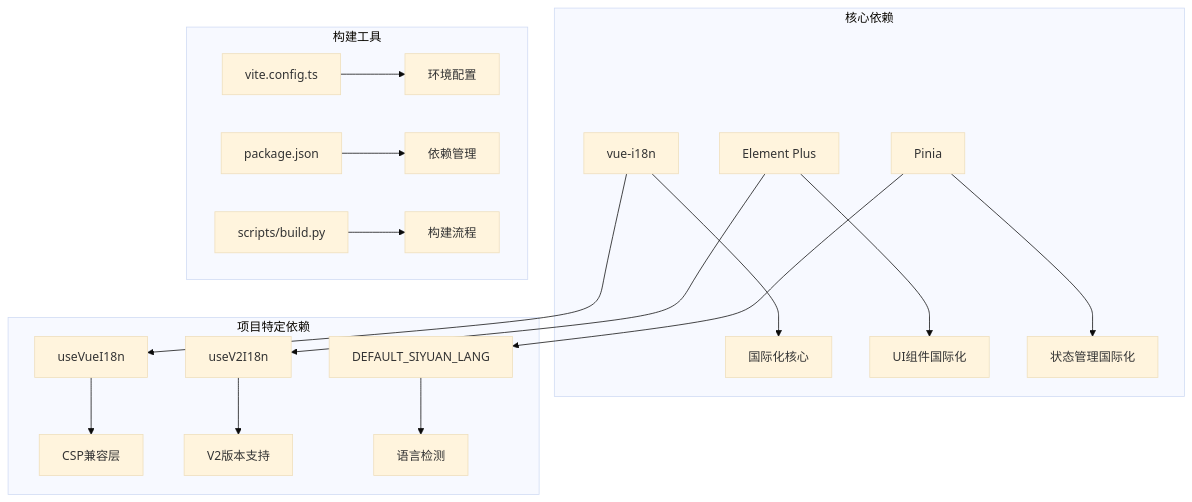
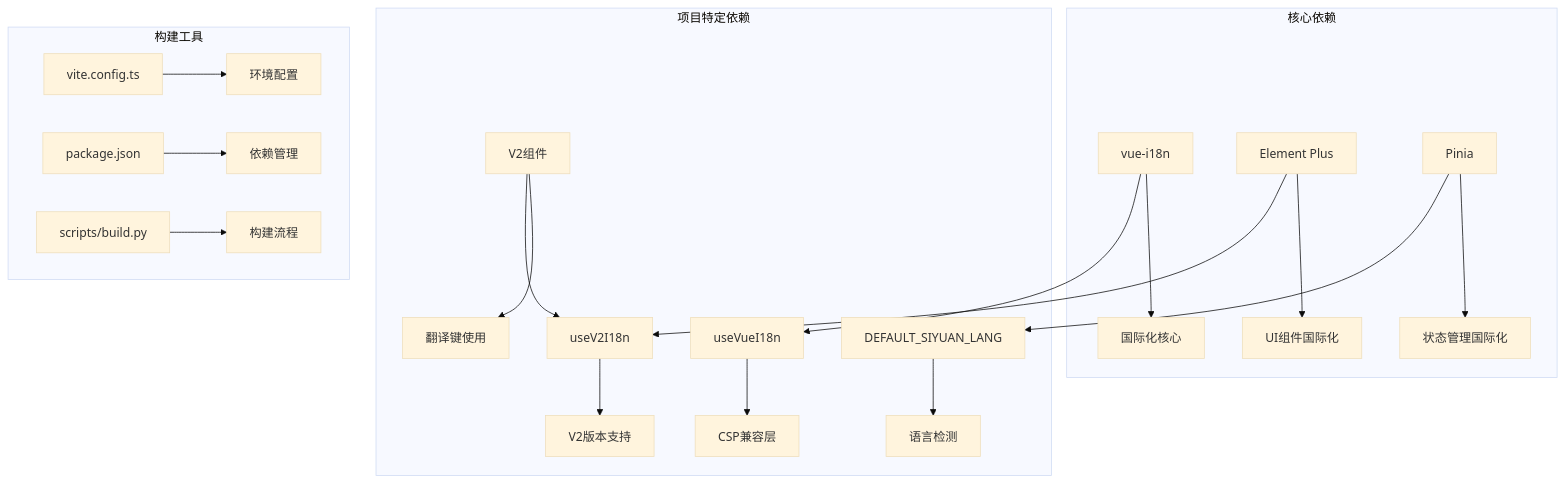
Before and after one commit to terwer/siyuan-plugin-publisher: the tenth of 10 diagrams in .qoder/repowiki/zh/content/用户界面组件/国际化支持.md, drawn with Mermaid (base theme). The commit also changed other lines of this file and 3 other files, not shown here.

````diff
--- a/.qoder/repowiki/zh/content/用户界面组件/国际化支持.md
+++ b/.qoder/repowiki/zh/content/用户界面组件/国际化支持.md
@@ -321,21 +444,23 @@
 ```mermaid
 graph TB
 subgraph "核心依赖"
 A[vue-i18n] --> B[国际化核心]
 C[Element Plus] --> D[UI组件国际化]
 E[Pinia] --> F[状态管理国际化]
 end
 subgraph "项目特定依赖"
 G[useVueI18n] --> H[CSP兼容层]
 I[useV2I18n] --> J[V2版本支持]
 K[DEFAULT_SIYUAN_LANG] --> L[语言检测]
+M[V2组件] --> N[翻译键使用]
 end
 subgraph "构建工具"
-M[vite.config.ts] --> N[环境配置]
-O[package.json] --> P[依赖管理]
-Q[scripts/build.py] --> R[构建流程]
+O[vite.config.ts] --> P[环境配置]
+Q[package.json] --> R[依赖管理]
+S[scripts/build.py] --> T[构建流程]
 end
 A --> G
 C --> I
 E --> K
+M --> I
 ```
````
